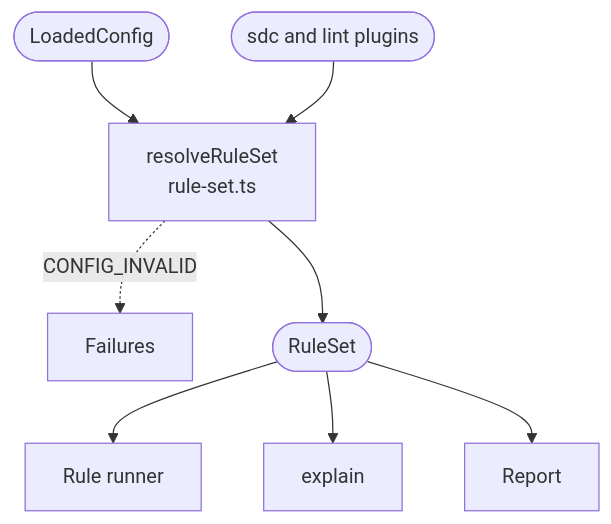
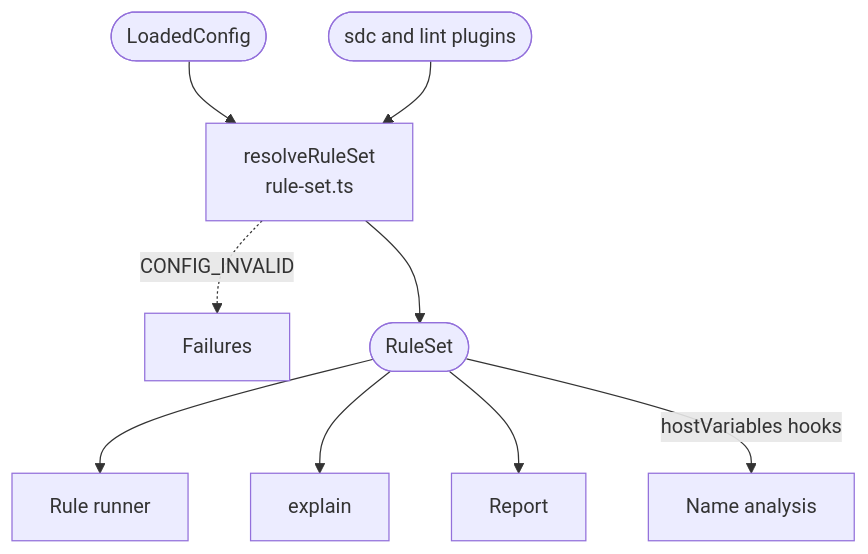
The diagram in docs/core/plugins.md (aehrc/sdc-questionnaire-lint), drawn with Mermaid before and after one commit. The commit also changed other lines of this file and 5 other files, not shown here.

````diff
--- a/docs/core/plugins.md
+++ b/docs/core/plugins.md
@@ -20,10 +20,11 @@
 ```mermaid
 flowchart TD
   config(["LoadedConfig"]) --> resolve["resolveRuleSet<br/>rule-set.ts"]
   builtin(["sdc and lint plugins"]) --> resolve
   resolve -.->|CONFIG_INVALID| failures["Failures"]
   resolve --> ruleSet(["RuleSet"])
   ruleSet --> runner["Rule runner"]
   ruleSet --> explain["explain"]
   ruleSet --> report["Report"]
+  ruleSet -->|"hostVariables hooks"| names["Name analysis"]
 ```
````
